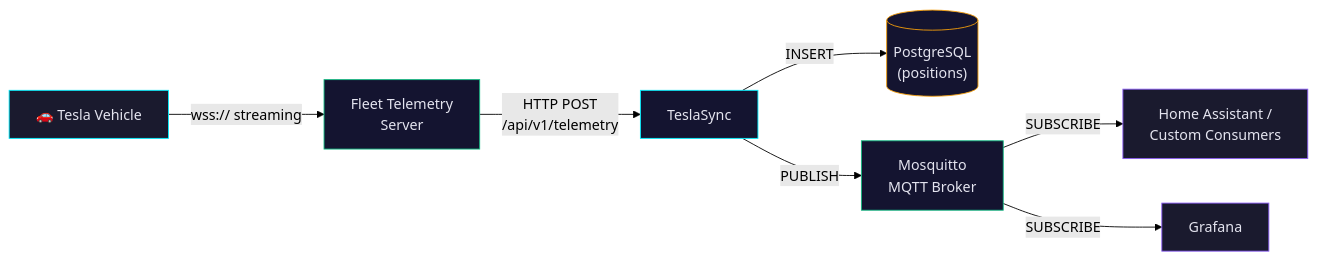
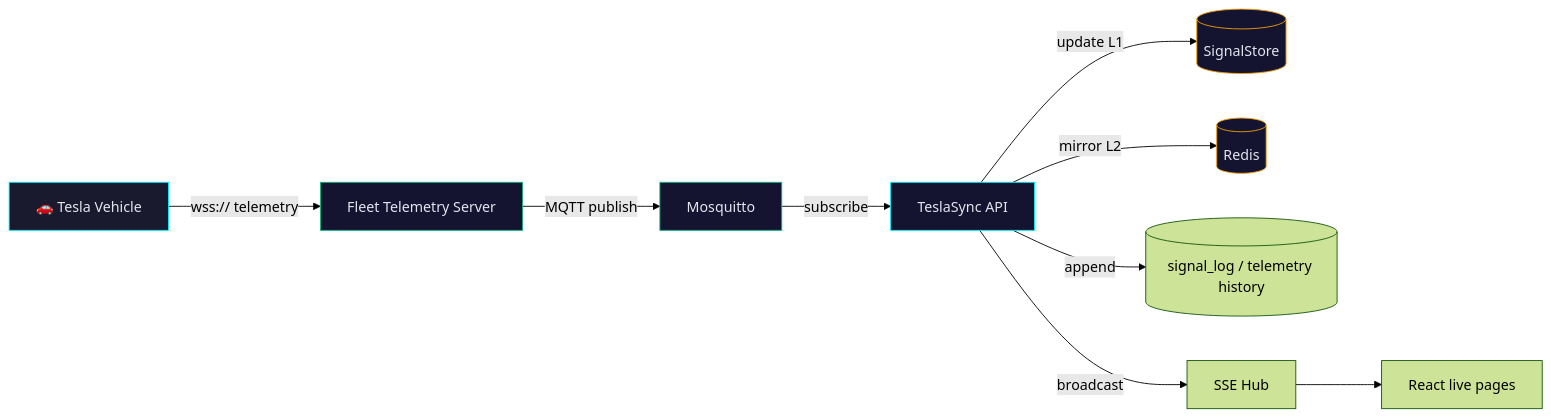
The first of 2 diagrams in docs/guide/fleet-telemetry.md (ev-dev-labs/teslasync), drawn with Mermaid (forest theme) before and after one commit. The commit also changed other lines of this file and 1366 other files, not shown here.

````diff
--- a/docs/guide/fleet-telemetry.md
+++ b/docs/guide/fleet-telemetry.md
@@ -31,17 +20,18 @@
 ```mermaid
 graph LR
-    V["🚗 Tesla Vehicle"] -->|"wss:// streaming"| FT["Fleet Telemetry<br/>Server"]
-    FT -->|"HTTP POST<br/>/api/v1/telemetry"| TS["TeslaSync"]
-    TS -->|"INSERT"| DB[("PostgreSQL<br/>(positions)")]
-    TS -->|"PUBLISH"| MQ["Mosquitto<br/>MQTT Broker"]
-    MQ -->|"SUBSCRIBE"| HA["Home Assistant /<br/>Custom Consumers"]
-    MQ -->|"SUBSCRIBE"| GF["Grafana"]
+    V["🚗 Tesla Vehicle"] -->|"wss:// telemetry"| FT["Fleet Telemetry Server"]
+    FT -->|"MQTT publish"| MQ["Mosquitto"]
+    MQ -->|"subscribe"| TS["TeslaSync API"]
+    TS -->|"update L1"| Live[(SignalStore)]
+    TS -->|"mirror L2"| Redis[(Redis)]
+    TS -->|"append"| History[(signal_log / telemetry history)]
+    TS -->|"broadcast"| SSE["SSE Hub"]
+    SSE --> UI["React live pages"]
 
     style V fill:#1a1a2e,stroke:#00f0ff,color:#e4e4ef
     style FT fill:#141430,stroke:#10b981,color:#e4e4ef
     style TS fill:#141430,stroke:#00f0ff,color:#e4e4ef
-    style DB fill:#141430,stroke:#f59e0b,color:#e4e4ef
+    style Live fill:#141430,stroke:#f59e0b,color:#e4e4ef
     style MQ fill:#141430,stroke:#10b981,color:#e4e4ef
-    style HA fill:#1a1a2e,stroke:#8b5cf6,color:#e4e4ef
-    style GF fill:#1a1a2e,stroke:#8b5cf6,color:#e4e4ef
+    style Redis fill:#141430,stroke:#f59e0b,color:#e4e4ef
 ```
````
